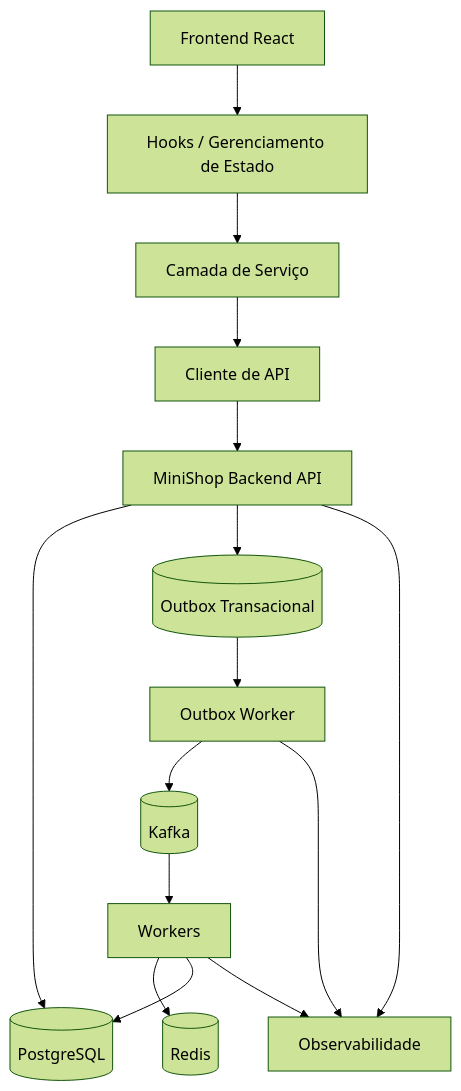
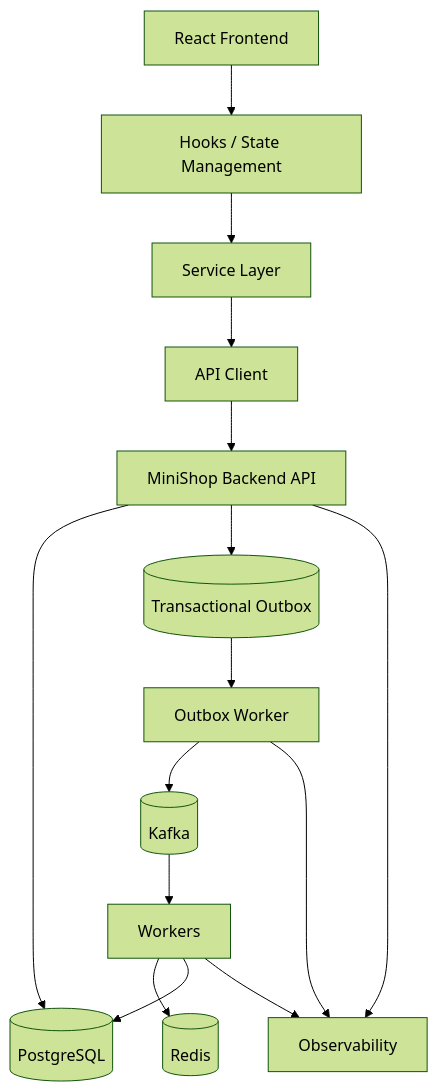
Before and after one commit to Thiago771414/event-driven-order-processing-system: the first of 3 diagrams in event-driven-order-processing-system-main/fullstack-system-design-playbook/docs/architecture.md, drawn with Mermaid (forest theme). The commit also changed other lines of this file and 19 other files, not shown here.

````diff
--- a/event-driven-order-processing-system-main/fullstack-system-design-playbook/docs/architecture.md
+++ b/event-driven-order-processing-system-main/fullstack-system-design-playbook/docs/architecture.md
@@ -12,17 +12,17 @@
 ```mermaid
 flowchart TD
-  FE[Frontend React] --> Hooks[Hooks / Gerenciamento de Estado]
-  Hooks --> Services[Camada de Serviço]
-  Services --> Client[Cliente de API]
+  FE[React Frontend] --> Hooks[Hooks / State Management]
+  Hooks --> Services[Service Layer]
+  Services --> Client[API Client]
   Client --> API[MiniShop Backend API]
   API --> DB[(PostgreSQL)]
-  API --> Outbox[(Outbox Transacional)]
+  API --> Outbox[(Transactional Outbox)]
   Outbox --> Publisher[Outbox Worker]
   Publisher --> Kafka[(Kafka)]
   Kafka --> Workers[Workers]
   Workers --> Redis[(Redis)]
   Workers --> DB
-  API --> Obs[Observabilidade]
+  API --> Obs[Observability]
   Publisher --> Obs
   Workers --> Obs
 ```
````
